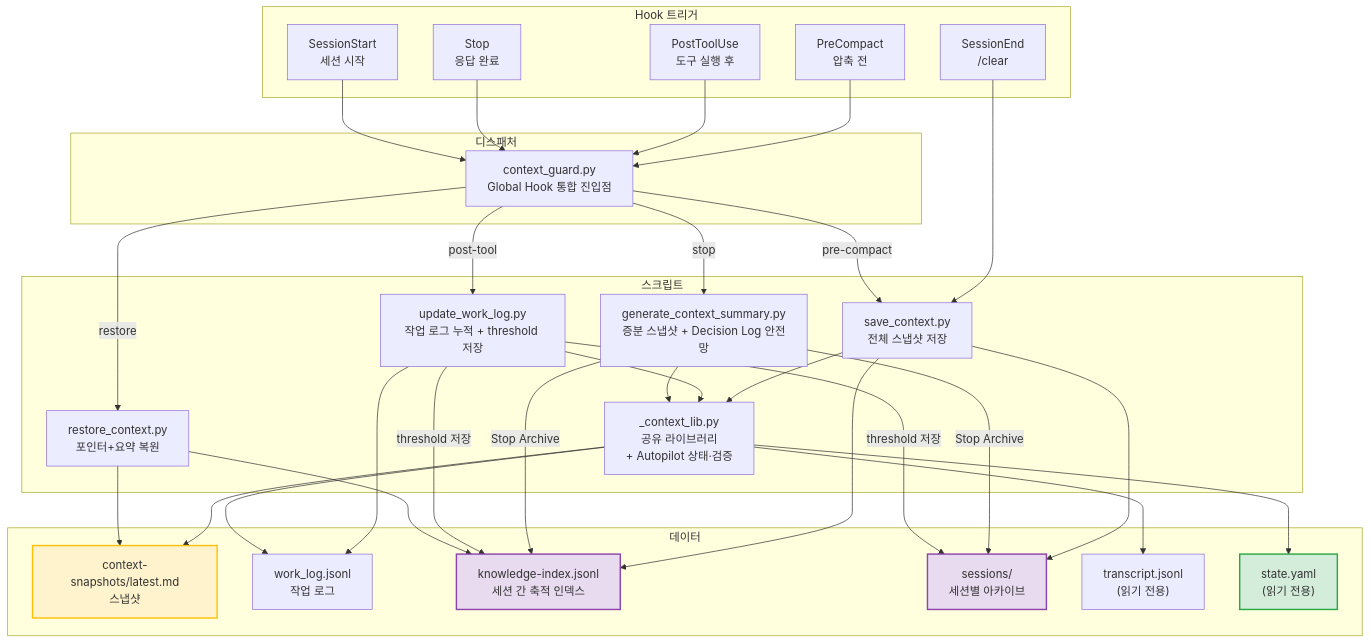
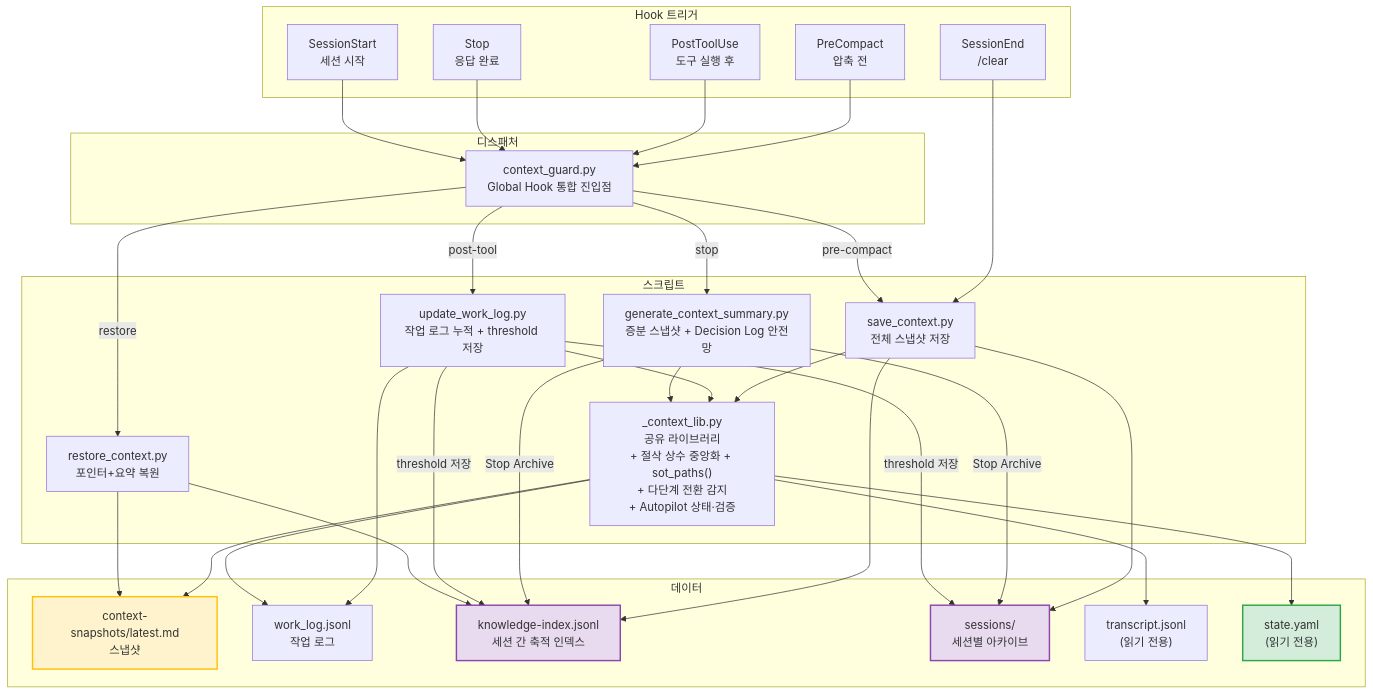
The sixth of 13 diagrams in AGENTICWORKFLOW-ARCHITECTURE-AND-PHILOSOPHY.md (oogisoogi/AgenticWorkflow), drawn with Mermaid before and after one commit. The commit also changed other lines of this file and 5 other files, not shown here.

````diff
--- a/AGENTICWORKFLOW-ARCHITECTURE-AND-PHILOSOPHY.md
+++ b/AGENTICWORKFLOW-ARCHITECTURE-AND-PHILOSOPHY.md
@@ -631,64 +633,64 @@
 ```mermaid
 graph TB
     subgraph "Hook 트리거"
         SE["SessionEnd<br/>/clear"]
         PC["PreCompact<br/>압축 전"]
         PTU["PostToolUse<br/>도구 실행 후"]
         ST["Stop<br/>응답 완료"]
         SS["SessionStart<br/>세션 시작"]
     end
 
     subgraph "디스패처"
         CG["context_guard.py<br/>Global Hook 통합 진입점"]
     end
 
     subgraph "스크립트"
         SAVE["save_context.py<br/>전체 스냅샷 저장"]
         UWL["update_work_log.py<br/>작업 로그 누적 + threshold 저장"]
         GCS["generate_context_summary.py<br/>증분 스냅샷 + Decision Log 안전망"]
         REST["restore_context.py<br/>포인터+요약 복원"]
-        LIB["_context_lib.py<br/>공유 라이브러리<br/>+ Autopilot 상태·검증"]
+        LIB["_context_lib.py<br/>공유 라이브러리<br/>+ 절삭 상수 중앙화 + sot_paths()<br/>+ 다단계 전환 감지<br/>+ Autopilot 상태·검증"]
     end
 
     subgraph "데이터"
         SNAP["context-snapshots/latest.md<br/>스냅샷"]
         WLOG["work_log.jsonl<br/>작업 로그"]
         KI["knowledge-index.jsonl<br/>세션 간 축적 인덱스"]
         SESS["sessions/<br/>세션별 아카이브"]
         TRANS["transcript.jsonl<br/>(읽기 전용)"]
         SOT2["state.yaml<br/>(읽기 전용)"]
     end
 
     SE --> SAVE
     PC --> CG
     PTU --> CG
     ST --> CG
     SS --> CG
     CG -->|pre-compact| SAVE
     CG -->|post-tool| UWL
     CG -->|stop| GCS
     CG -->|restore| REST
 
     SAVE --> LIB
     UWL --> LIB
     GCS --> LIB
 
     LIB --> TRANS
     LIB --> SOT2
     LIB --> SNAP
     UWL --> WLOG
     LIB --> WLOG
     SAVE --> KI
     SAVE --> SESS
     GCS -->|"Stop Archive"| KI
     GCS -->|"Stop Archive"| SESS
     UWL -->|"threshold 저장"| KI
     UWL -->|"threshold 저장"| SESS
     REST --> SNAP
     REST --> KI
 
     style SOT2 fill:#d4edda,stroke:#28a745,stroke-width:2px
     style SNAP fill:#fff3cd,stroke:#ffc107,stroke-width:2px
     style KI fill:#e8daef,stroke:#8e44ad,stroke-width:2px
     style SESS fill:#e8daef,stroke:#8e44ad,stroke-width:2px
 ```
````
